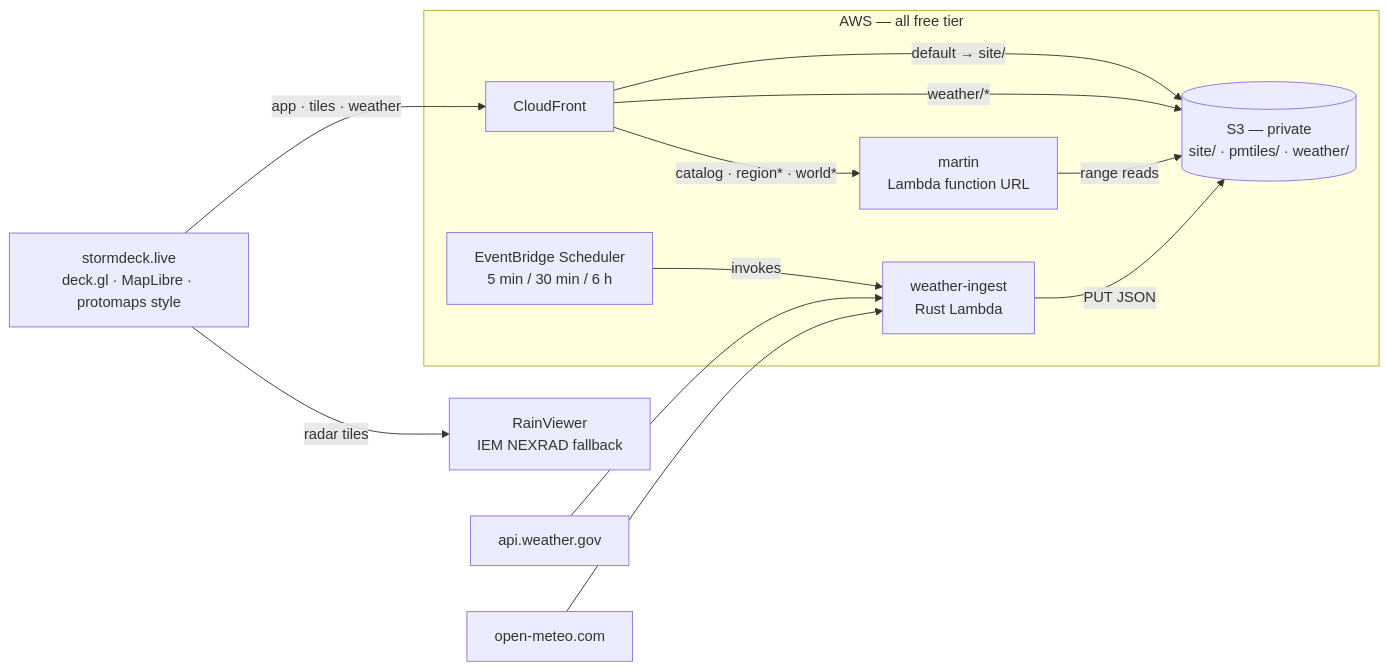
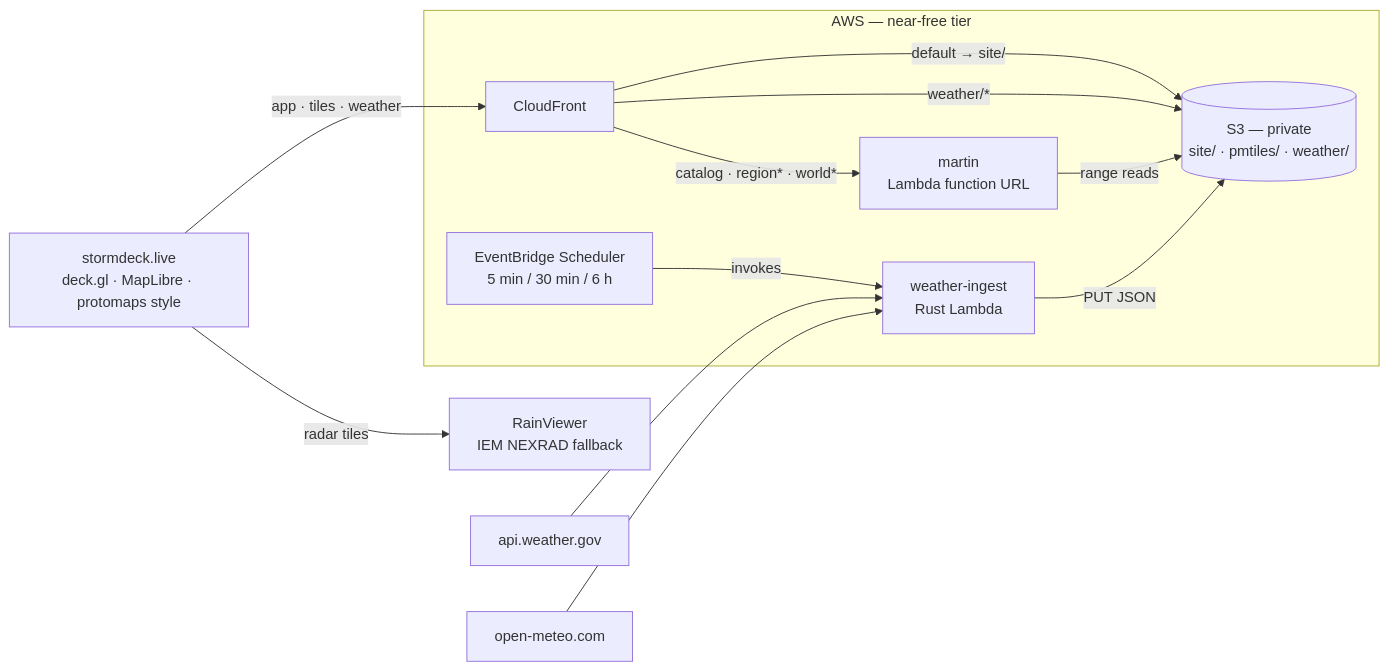
The diagram in README.md (johncarmack1984/stormdeck), drawn with Mermaid before and after one commit. The commit also changed other lines of this file and 2 other files, not shown here.

````diff
--- a/README.md
+++ b/README.md
@@ -26,27 +27,27 @@
 ```mermaid
 flowchart LR
     viewer["stormdeck.live<br/>deck.gl · MapLibre · protomaps style"]
 
-    subgraph aws["AWS — all free tier"]
+    subgraph aws["AWS — near-free tier"]
         cdn["CloudFront"]
         martin["martin<br/>Lambda function URL"]
         bucket[("S3 — private<br/>site/ · pmtiles/ · weather/")]
         ingest["weather-ingest<br/>Rust Lambda"]
         sched["EventBridge Scheduler<br/>5 min / 30 min / 6 h"]
     end
 
     nws["api.weather.gov"]
     meteo["open-meteo.com"]
     radar["RainViewer<br/>IEM NEXRAD fallback"]
 
     viewer -->|"app · tiles · weather"| cdn
     viewer -->|"radar tiles"| radar
     cdn -->|"default → site/"| bucket
     cdn -->|"catalog · region* · world*"| martin
     cdn -->|"weather/*"| bucket
     martin -->|"range reads"| bucket
     sched -->|"invokes"| ingest
     nws --> ingest
     meteo --> ingest
     ingest -->|"PUT JSON"| bucket
 ```
````
